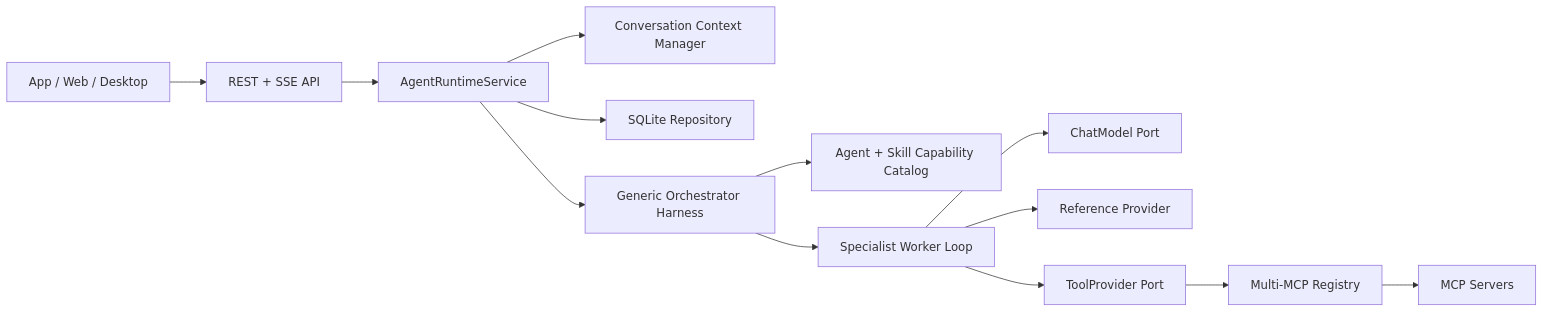
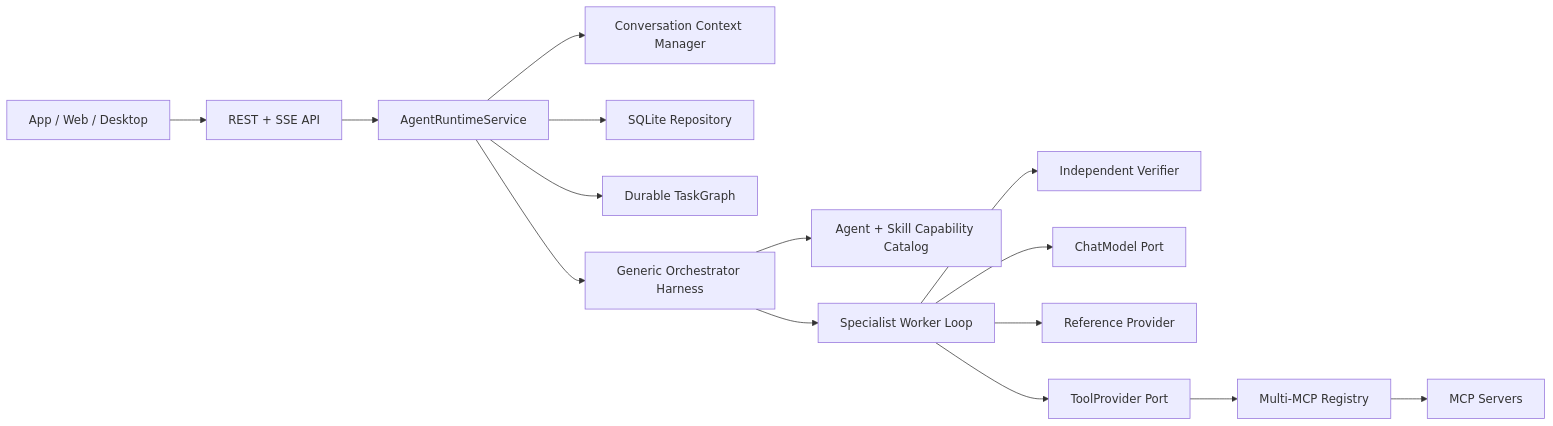
Before and after one commit to KawhiWei/nino-agent: the diagram in README.md, drawn with Mermaid. The commit also changed other lines of this file and 55 other files, not shown here.

````diff
--- a/README.md
+++ b/README.md
@@ -28,15 +40,17 @@
 ```mermaid
 flowchart LR
     Client["App / Web / Desktop"] --> API["REST + SSE API"]
     API --> Runtime["AgentRuntimeService"]
     Runtime --> Context["Conversation Context Manager"]
     Runtime --> Repository["SQLite Repository"]
+    Runtime --> Graph["Durable TaskGraph"]
     Runtime --> Orchestrator["Generic Orchestrator Harness"]
     Orchestrator --> Catalog["Agent + Skill Capability Catalog"]
     Orchestrator --> Worker["Specialist Worker Loop"]
+    Worker --> Verifier["Independent Verifier"]
     Worker --> Model["ChatModel Port"]
     Worker --> References["Reference Provider"]
     Worker --> Tools["ToolProvider Port"]
     Tools --> Registry["Multi-MCP Registry"]
     Registry --> MCP["MCP Servers"]
 ```
````
